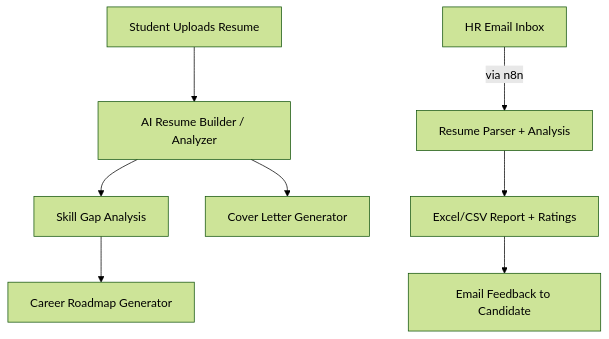
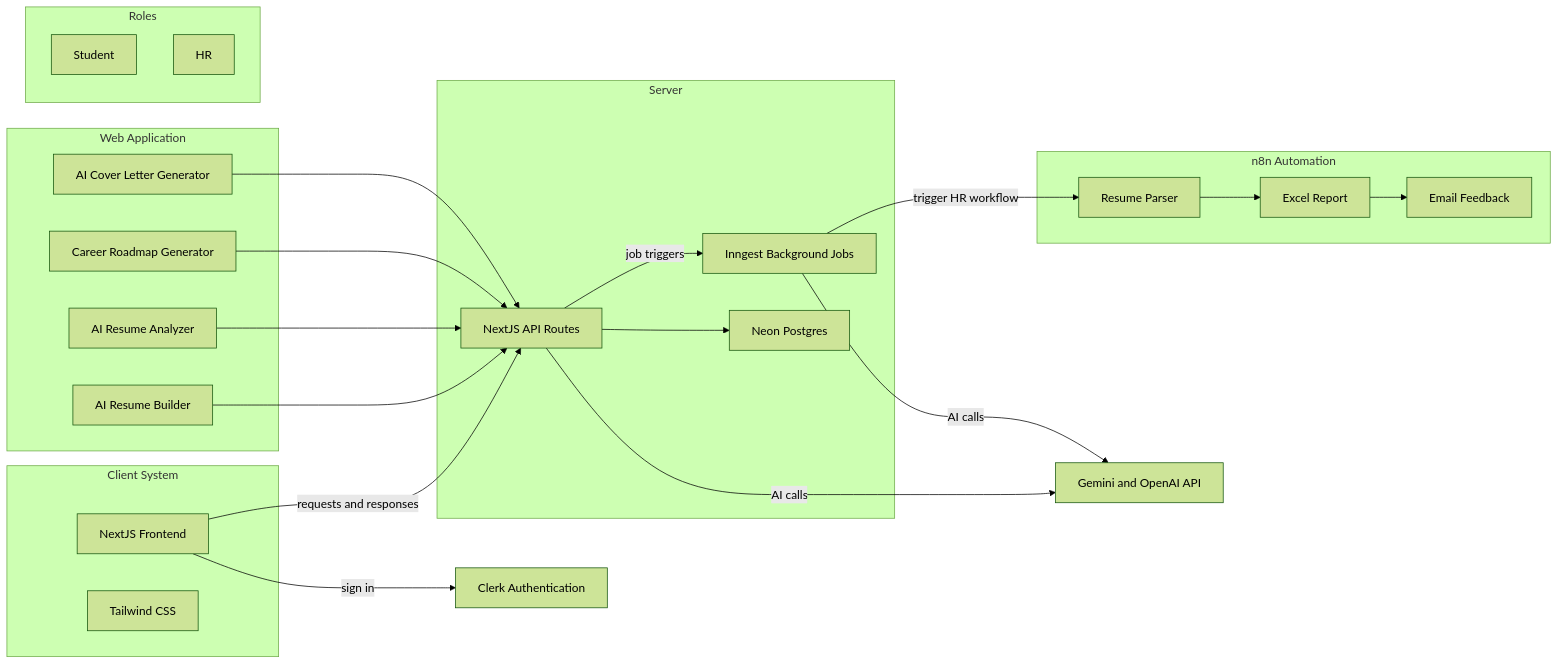
Before and after one commit to mayur2410-tech/AI-Career-Coach: the diagram in README.md, drawn with Mermaid (forest theme).

Commit message:
Update system architecture diagram to flowchart LR

````diff
--- a/README.md
+++ b/README.md
@@ -73,10 +73,62 @@
 ```mermaid
-flowchart TD
-    A[Student Uploads Resume] --> B[AI Resume Builder / Analyzer]
-    B --> C[Skill Gap Analysis]
-    C --> D[Career Roadmap Generator]
-    B --> E[Cover Letter Generator]
-    HR[HR Email Inbox] -->|via n8n| F[Resume Parser + Analysis]
-    F --> G[Excel/CSV Report + Ratings]
-    G --> H[Email Feedback to Candidate]
+flowchart LR
+
+  %% Groups
+  subgraph ClientSystem [Client System]
+    NextJSFrontend[NextJS Frontend]
+    TailwindCSS[Tailwind CSS]
+  end
+
+  subgraph WebApplication [Web Application]
+    AIResumeBuilder[AI Resume Builder]
+    AIResumeAnalyzer[AI Resume Analyzer]
+    CareerRoadmapGenerator[Career Roadmap Generator]
+    AICoverLetterGenerator[AI Cover Letter Generator]
+  end
+
+  subgraph Server [Server]
+    NextJSAPI[NextJS API Routes]
+    InngestJobs[Inngest Background Jobs]
+    NeonPostgres[Neon Postgres]
+  end
+
+  subgraph Automation [n8n Automation]
+    ResumeParser[Resume Parser]
+    ExcelReport[Excel Report]
+    EmailFeedback[Email Feedback]
+  end
+
+  subgraph Roles [Roles]
+    direction TB
+   
+    Student[Student]
+   
+    HR[HR]
+    
+  end
+
+  %% Standalone services
+  Auth[Clerk Authentication]
+  AI[Gemini and OpenAI API]
+
+  %% High-level connections
+  NextJSFrontend -->|requests and responses| NextJSAPI
+  NextJSFrontend -->|sign in| Auth
+
+  %% Feature layer -> API
+  AIResumeBuilder --> NextJSAPI
+  AIResumeAnalyzer --> NextJSAPI
+  CareerRoadmapGenerator --> NextJSAPI
+  AICoverLetterGenerator --> NextJSAPI
+
+  %% Server integrations
+  NextJSAPI -->|job triggers| InngestJobs
+  NextJSAPI --> NeonPostgres
+  NextJSAPI -->|AI calls| AI
+  InngestJobs -->|AI calls| AI
+
+  %% Automation workflow
+  InngestJobs -->|trigger HR workflow| ResumeParser
+  ResumeParser --> ExcelReport
+  ExcelReport --> EmailFeedback
 ```
````
